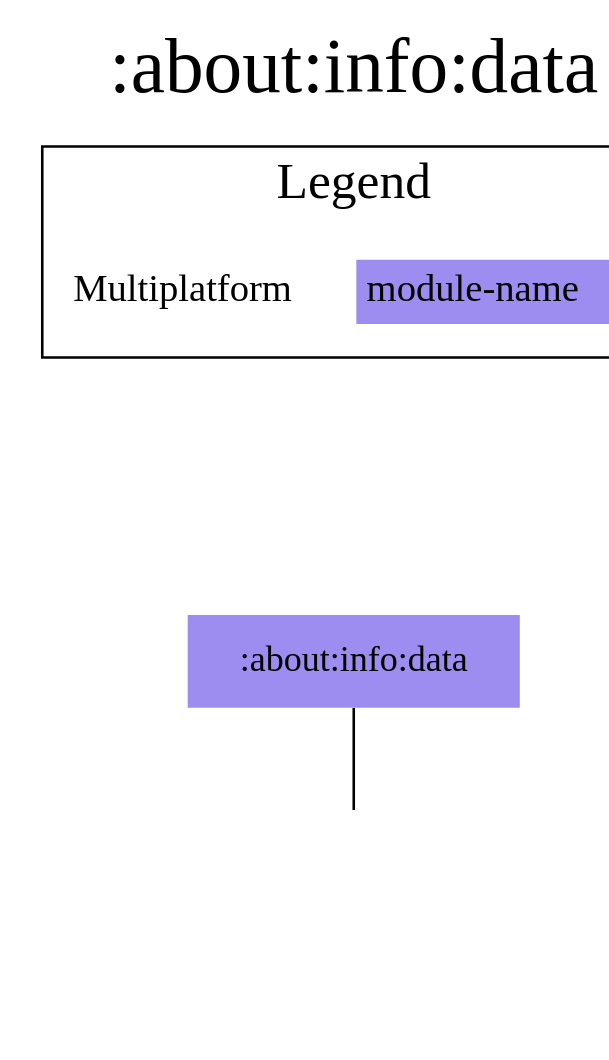
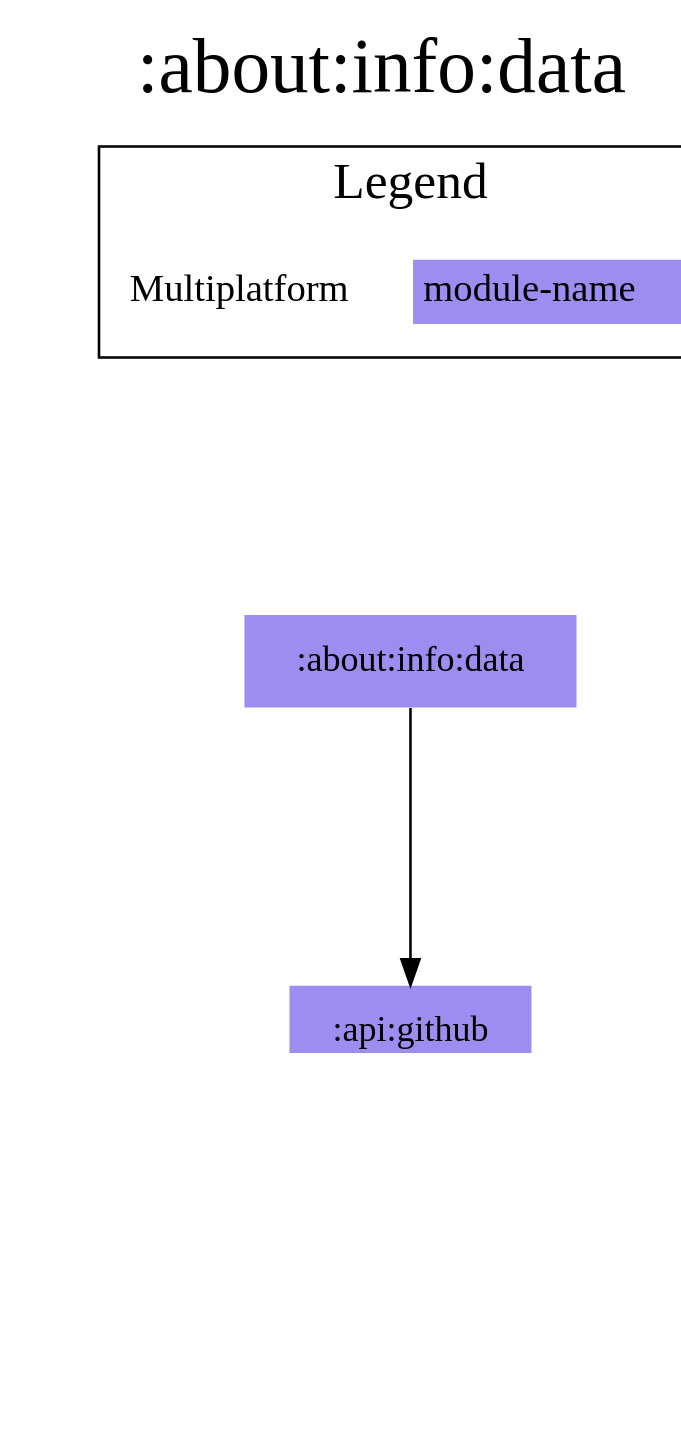
The diagram in modules/about/info/data/project-dependency-graph.dot (jonapoul/aktual), drawn with Graphviz before and after one commit. The commit also changed 36 other files, not shown here.

```diff
--- a/modules/about/info/data/project-dependency-graph.dot
+++ b/modules/about/info/data/project-dependency-graph.dot
@@ -1,21 +1,25 @@
 digraph {
 edge ["dir"="forward"]
 graph ["dpi"="100","label"=":about:info:data","labelloc"="t","fontsize"="30","ranksep"="1.5","rankdir"="TB"]
 node ["style"="filled"]
 ":about:info:data" ["fillcolor"="#9D8DF1","shape"="none"]
 ":api:github" ["fillcolor"="#9D8DF1","shape"="none"]
+":codegen:annotation" ["fillcolor"="#9D8DF1","shape"="none"]
+":url:model" ["fillcolor"="#9D8DF1","shape"="none"]
 {
 edge ["dir"="none"]
 graph ["rank"="same"]
 }
 ":about:info:data" -> ":api:github"
+":api:github" -> ":codegen:annotation" ["style"="dotted"]
+":api:github" -> ":url:model"
 subgraph "cluster_legend" {
 edge ["dir"="none"]
 graph ["label"="Legend","fontsize"="20"]
 "Legend" ["style"="filled","fillcolor"="#FFFFFF","shape"="none","margin"="0","fontsize"="15","label"=<
 <TABLE BORDER="0" CELLBORDER="0" CELLSPACING="0" CELLPADDING="4">
 <TR><TD>Multiplatform</TD><TD BGCOLOR="#9D8DF1">module-name</TD></TR>
 </TABLE>
 >]
 } -> ":about:info:data" ["style"="invis"]
 }
```
